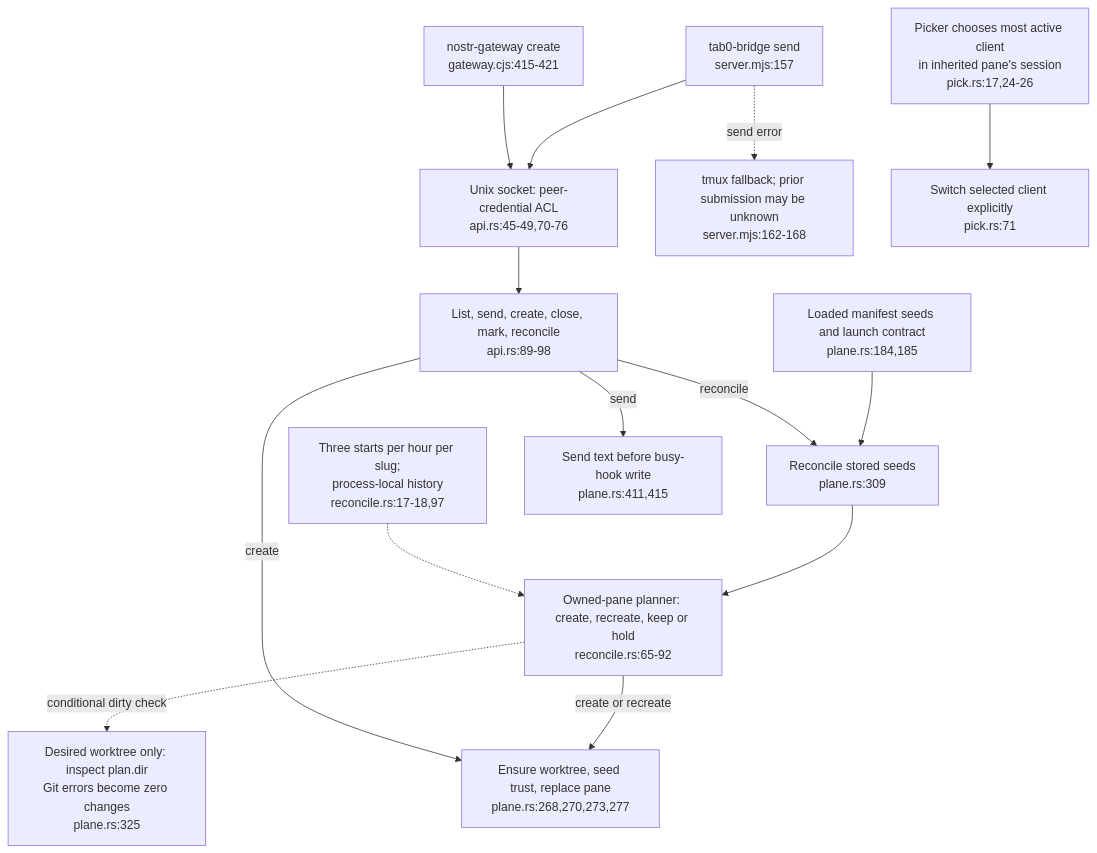
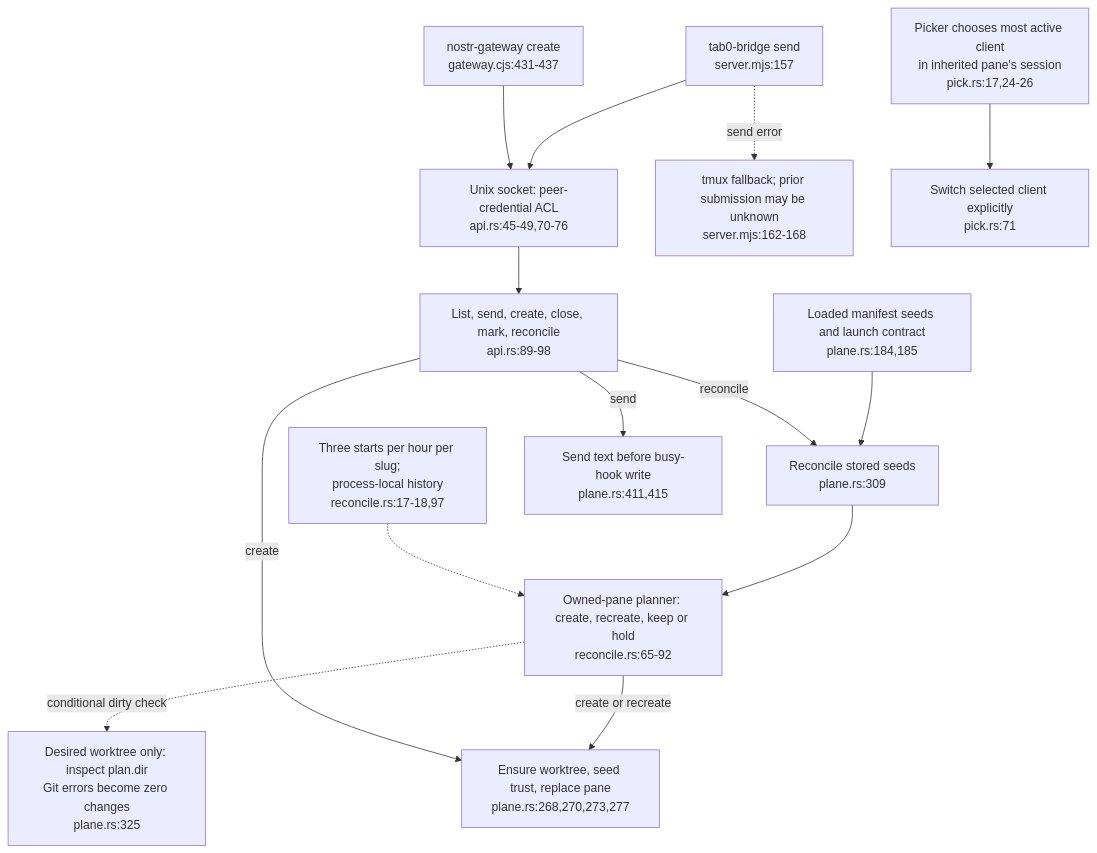
One commit to DreamLab-AI/VisionFlow changed diagram 12 of 12 in docs/diagrams/agentbox/12-tab0-bridge-and-interaction-plane.md. Above: the diagram before and after it, drawn with Mermaid. The commit also changed other lines of this file and 36 other files, not shown here.

First line of the commit message:
docs(diagrams): re-derive and re-stamp agentbox, dream-engine, visioncraft, visiontouch and vowl topics; drop LAN addresses

````diff
--- a/docs/diagrams/agentbox/12-tab0-bridge-and-interaction-plane.md
+++ b/docs/diagrams/agentbox/12-tab0-bridge-and-interaction-plane.md
@@ -529,16 +529,16 @@
 ```mermaid
 flowchart TD
     MAN["Loaded manifest seeds and launch contract<br/>plane.rs:184,185"] --> REC["Reconcile stored seeds<br/>plane.rs:309"]
     REC --> DEC["Owned-pane planner: create, recreate, keep or hold<br/>reconcile.rs:65-92"]
     DEC -.->|conditional dirty check| GATE["Desired worktree only: inspect plan.dir<br/>Git errors become zero changes<br/>plane.rs:325"]
     DEC -->|create or recreate| START["Ensure worktree, seed trust, replace pane<br/>plane.rs:268,270,273,277"]
     BACK["Three starts per hour per slug;<br/>process-local history<br/>reconcile.rs:17-18,97"] -.-> DEC
     SOCK["Unix socket: peer-credential ACL<br/>api.rs:45-49,70-76"] --> OPS["List, send, create, close, mark, reconcile<br/>api.rs:89-98"]
     OPS -->|create| START
     OPS -->|reconcile| REC
     OPS -->|send| INPUT["Send text before busy-hook write<br/>plane.rs:411,415"]
     TB["tab0-bridge send<br/>server.mjs:157"] --> SOCK
-    GW["nostr-gateway create<br/>gateway.cjs:415-421"] --> SOCK
+    GW["nostr-gateway create<br/>gateway.cjs:431-437"] --> SOCK
     TB -.->|send error| FALL["tmux fallback; prior submission may be unknown<br/>server.mjs:162-168"]
     PICK["Picker chooses most active client<br/>in inherited pane's session<br/>pick.rs:17,24-26"] --> TARGET["Switch selected client explicitly<br/>pick.rs:71"]
 ```
````
